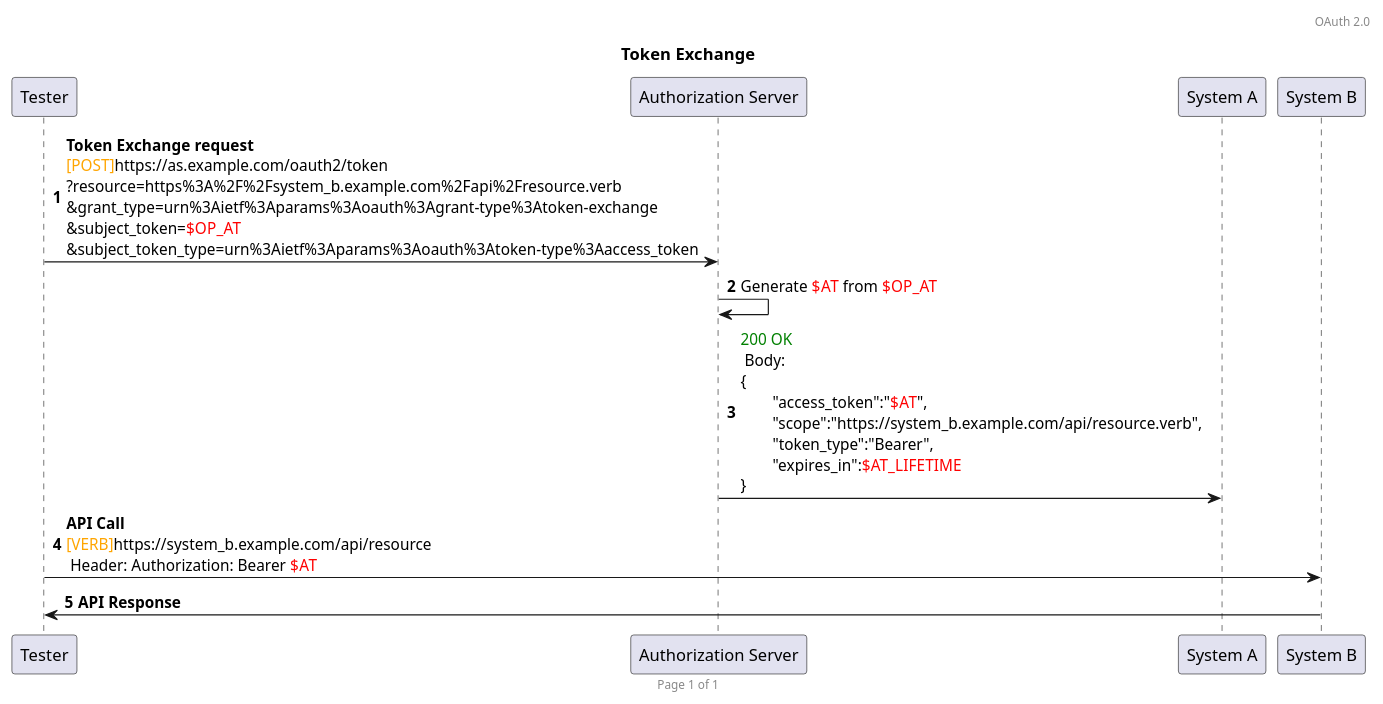
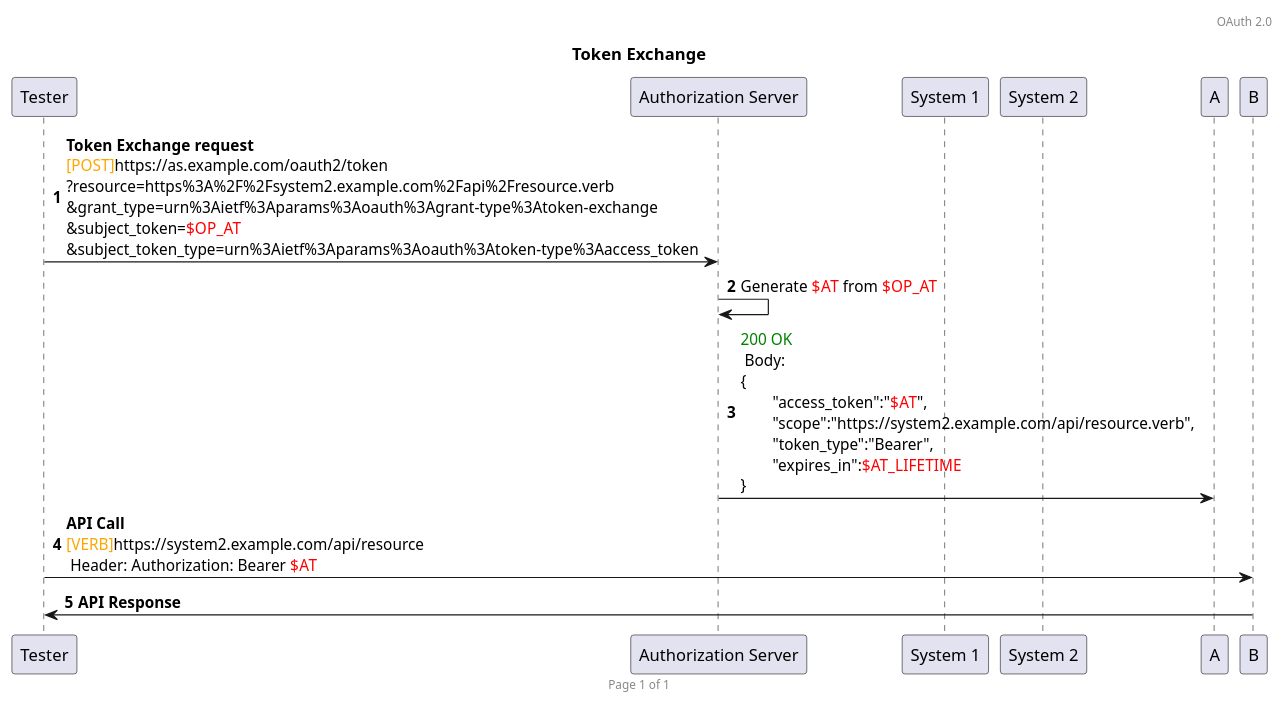
The diagram in plantuml/oauth2/token_exchange_system_impersonation.plantuml (HenriLefevrePro/Articles), drawn with PlantUML before and after one commit.

```diff
--- a/plantuml/oauth2/token_exchange_system_impersonation.plantuml
+++ b/plantuml/oauth2/token_exchange_system_impersonation.plantuml
@@ -1,20 +1,20 @@
 @startuml
 
 header OAuth 2.0
 footer Page %page% of %lastpage%
 
 title Token Exchange
 autonumber
 
 participant T as "Tester"
 participant Auth as "Authorization Server"
-participant A as "System A"
-participant B as "System B"
+participant 1 as "System 1"
+participant 2 as "System 2"
 
-T -> Auth : **Token Exchange request**\n<font color=orange>[POST]</font>https://as.example.com/oauth2/token\n?resource=https%3A%2F%2Fsystem_b.example.com%2Fapi%2Fresource.verb\n&grant_type=urn%3Aietf%3Aparams%3Aoauth%3Agrant-type%3Atoken-exchange\n&subject_token=<font color=red>$OP_AT</font>\n&subject_token_type=urn%3Aietf%3Aparams%3Aoauth%3Atoken-type%3Aaccess_token
+T -> Auth : **Token Exchange request**\n<font color=orange>[POST]</font>https://as.example.com/oauth2/token\n?resource=https%3A%2F%2Fsystem2.example.com%2Fapi%2Fresource.verb\n&grant_type=urn%3Aietf%3Aparams%3Aoauth%3Agrant-type%3Atoken-exchange\n&subject_token=<font color=red>$OP_AT</font>\n&subject_token_type=urn%3Aietf%3Aparams%3Aoauth%3Atoken-type%3Aaccess_token
 Auth -> Auth : Generate <font color=red>$AT</font> from <font color=red>$OP_AT</font>
-Auth -> A : <font color=green>200 OK</font> \n Body: \n{\n\t"access_token":"<font color=red>$AT</font>",\n\t"scope":"https://system_b.example.com/api/resource.verb",\n\t"token_type":"Bearer",\n\t"expires_in":<font color=red>$AT_LIFETIME</font>\n}
+Auth -> A : <font color=green>200 OK</font> \n Body: \n{\n\t"access_token":"<font color=red>$AT</font>",\n\t"scope":"https://system2.example.com/api/resource.verb",\n\t"token_type":"Bearer",\n\t"expires_in":<font color=red>$AT_LIFETIME</font>\n}
 
-T -> B : **API Call** \n<font color=orange>[VERB]</font>https://system_b.example.com/api/resource\n Header: Authorization: Bearer <font color=red>$AT</font>
+T -> B : **API Call** \n<font color=orange>[VERB]</font>https://system2.example.com/api/resource\n Header: Authorization: Bearer <font color=red>$AT</font>
 B -> T : **API Response**
 @enduml
```
